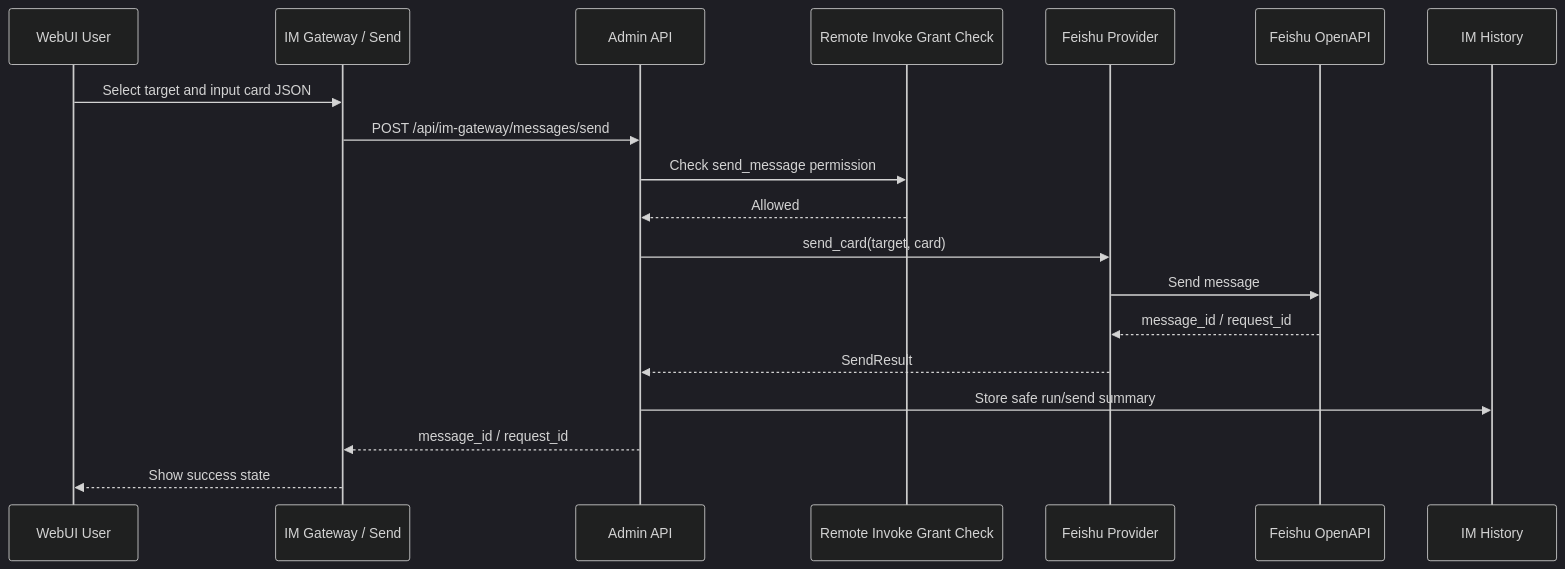
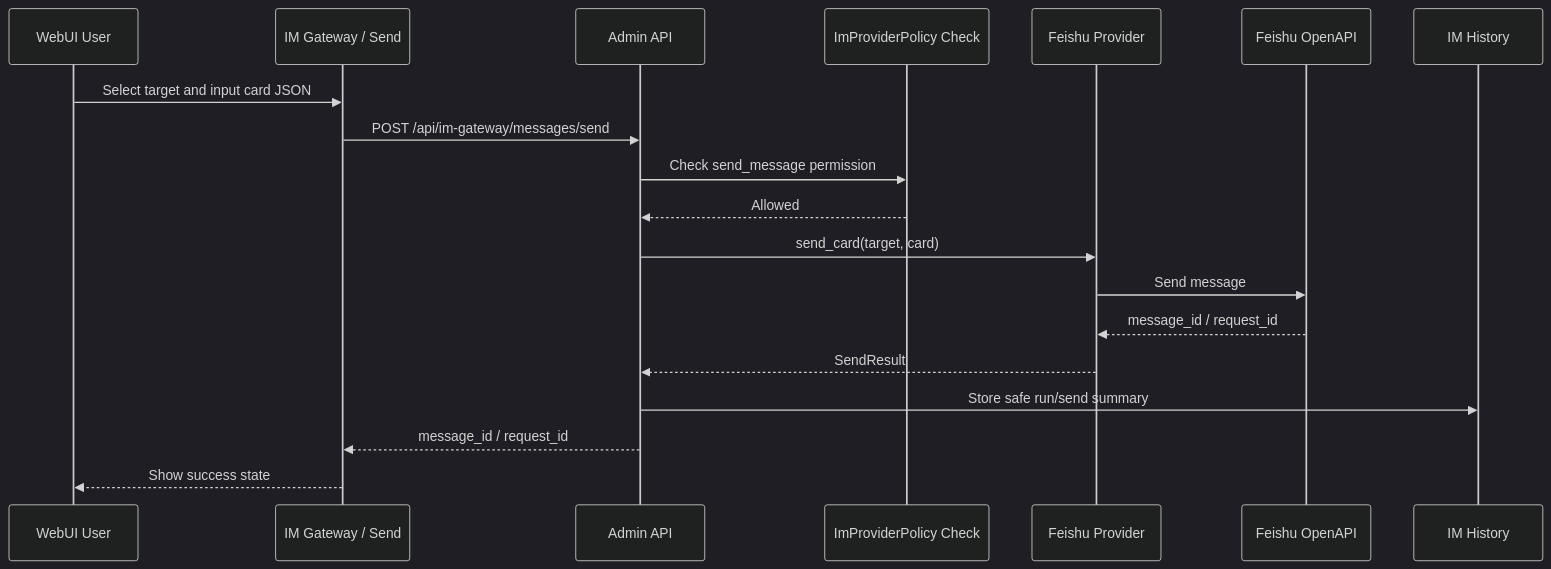
The third of 6 diagrams in design/im-gateway.md (bifrost-proxy/bifrost), drawn with Mermaid (dark theme) before and after one commit. The commit also changed other lines of this file and 320 other files, not shown here.

````diff
--- a/design/im-gateway.md
+++ b/design/im-gateway.md
@@ -288,22 +294,22 @@
 ```mermaid
 sequenceDiagram
     participant User as WebUI User
     participant UI as IM Gateway / Send
     participant Admin as Admin API
-    participant Grant as Remote Invoke Grant Check
+    participant Policy as ImProviderPolicy Check
     participant Provider as Feishu Provider
     participant Feishu as Feishu OpenAPI
     participant History as IM History
 
     User->>UI: Select target and input card JSON
     UI->>Admin: POST /api/im-gateway/messages/send
-    Admin->>Grant: Check send_message permission
-    Grant-->>Admin: Allowed
+    Admin->>Policy: Check send_message permission
+    Policy-->>Admin: Allowed
     Admin->>Provider: send_card(target, card)
     Provider->>Feishu: Send message
     Feishu-->>Provider: message_id / request_id
     Provider-->>Admin: SendResult
     Admin->>History: Store safe run/send summary
     Admin-->>UI: message_id / request_id
     UI-->>User: Show success state
 ```
````
